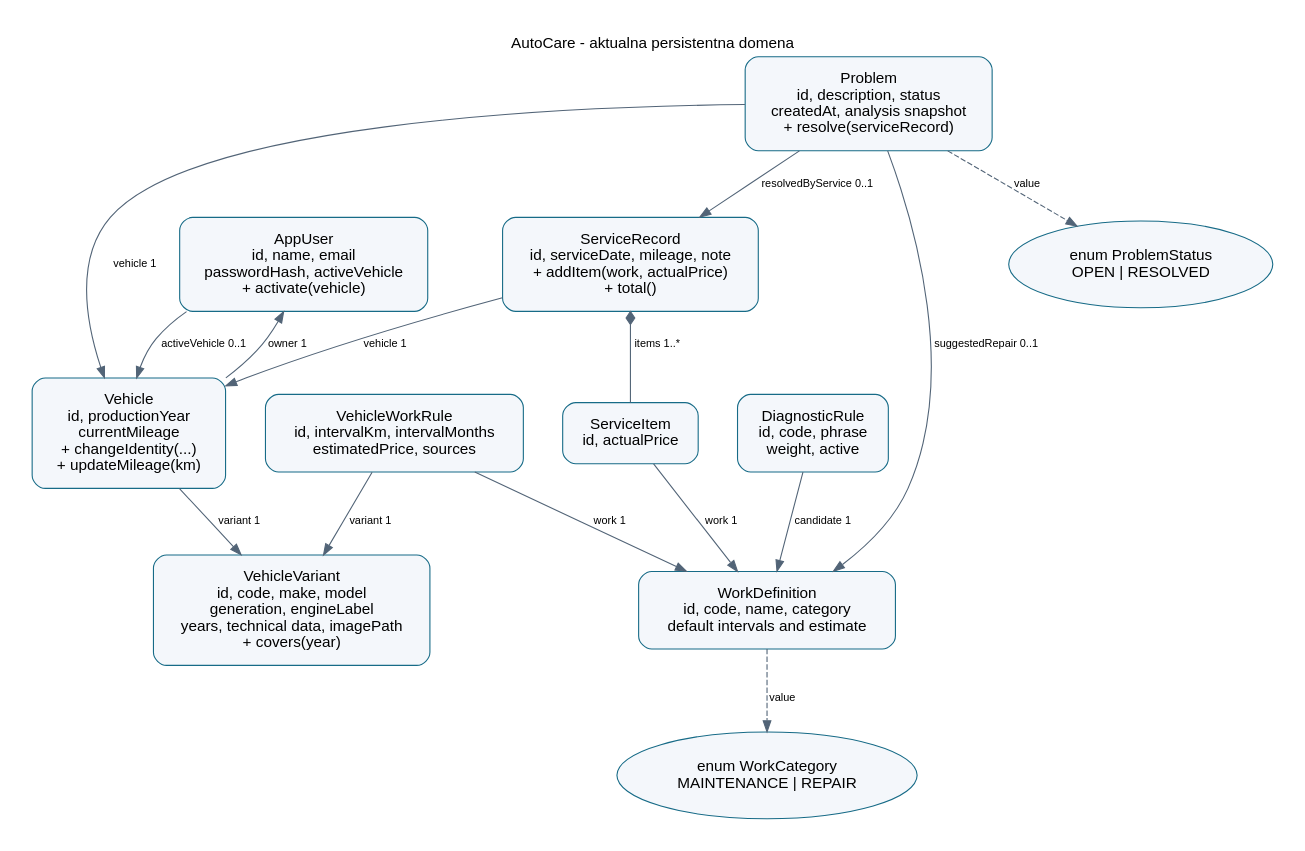
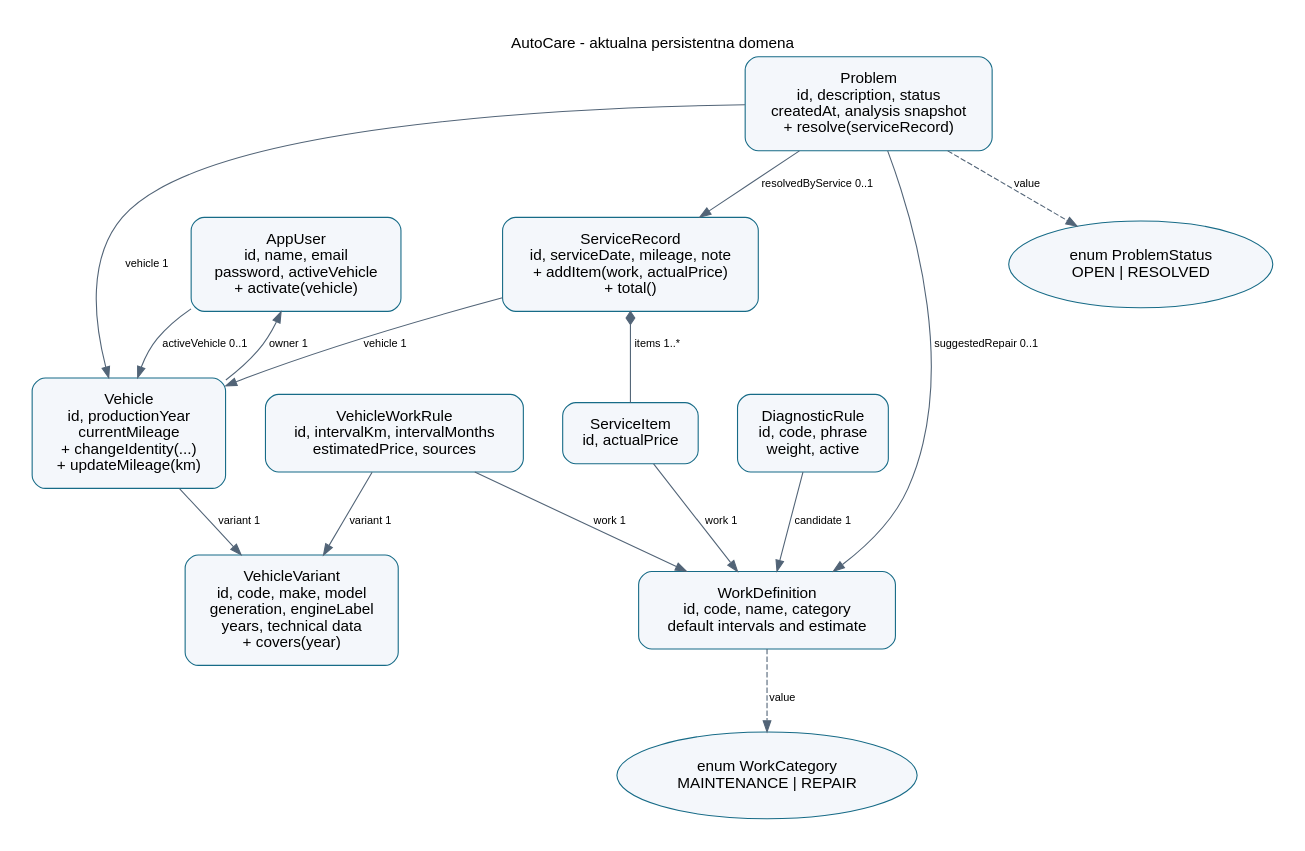
The diagram in docs/domain.dot (KarloLerga/AutoCare), drawn with Graphviz before and after one commit. The commit also changed 26 other files, not shown here.

```diff
--- a/docs/domain.dot
+++ b/docs/domain.dot
@@ -1,32 +1,32 @@
 digraph AutoCareDomain {
     graph [rankdir=TB, bgcolor="white", pad="0.3", nodesep="0.5", ranksep="0.7", fontname="Helvetica", label="AutoCare - aktualna persistentna domena", labelloc=t];
     node [fontname="Helvetica", shape=box, style="rounded,filled", fillcolor="#F4F7FB", color="#176B87", margin="0.18"];
     edge [fontname="Helvetica", fontsize=10, color="#526477"];
 
-    AppUser [label="AppUser\nid, name, email\npasswordHash, activeVehicle\n+ activate(vehicle)"];
-    VehicleVariant [label="VehicleVariant\nid, code, make, model\ngeneration, engineLabel\nyears, technical data, imagePath\n+ covers(year)"];
+    AppUser [label="AppUser\nid, name, email\npassword, activeVehicle\n+ activate(vehicle)"];
+    VehicleVariant [label="VehicleVariant\nid, code, make, model\ngeneration, engineLabel\nyears, technical data\n+ covers(year)"];
     Vehicle [label="Vehicle\nid, productionYear\ncurrentMileage\n+ changeIdentity(...)\n+ updateMileage(km)"];
     WorkDefinition [label="WorkDefinition\nid, code, name, category\ndefault intervals and estimate"];
     VehicleWorkRule [label="VehicleWorkRule\nid, intervalKm, intervalMonths\nestimatedPrice, sources"];
     ServiceRecord [label="ServiceRecord\nid, serviceDate, mileage, note\n+ addItem(work, actualPrice)\n+ total()"];
     ServiceItem [label="ServiceItem\nid, actualPrice"];
     Problem [label="Problem\nid, description, status\ncreatedAt, analysis snapshot\n+ resolve(serviceRecord)"];
     DiagnosticRule [label="DiagnosticRule\nid, code, phrase\nweight, active"];
     WorkCategory [shape=ellipse, label="enum WorkCategory\nMAINTENANCE | REPAIR"];
     ProblemStatus [shape=ellipse, label="enum ProblemStatus\nOPEN | RESOLVED"];
 
     AppUser -> Vehicle [label="activeVehicle 0..1"];
     Vehicle -> AppUser [label="owner 1"];
     Vehicle -> VehicleVariant [label="variant 1"];
     VehicleWorkRule -> VehicleVariant [label="variant 1"];
     VehicleWorkRule -> WorkDefinition [label="work 1"];
     ServiceRecord -> Vehicle [label="vehicle 1"];
     ServiceRecord -> ServiceItem [dir=both, arrowtail=diamond, arrowhead=none, label="items 1..*"];
     ServiceItem -> WorkDefinition [label="work 1"];
     Problem -> Vehicle [label="vehicle 1"];
     Problem -> WorkDefinition [label="suggestedRepair 0..1"];
     Problem -> ServiceRecord [label="resolvedByService 0..1"];
     DiagnosticRule -> WorkDefinition [label="candidate 1"];
     WorkDefinition -> WorkCategory [style=dashed, label="value"];
     Problem -> ProblemStatus [style=dashed, label="value"];
 }
```
